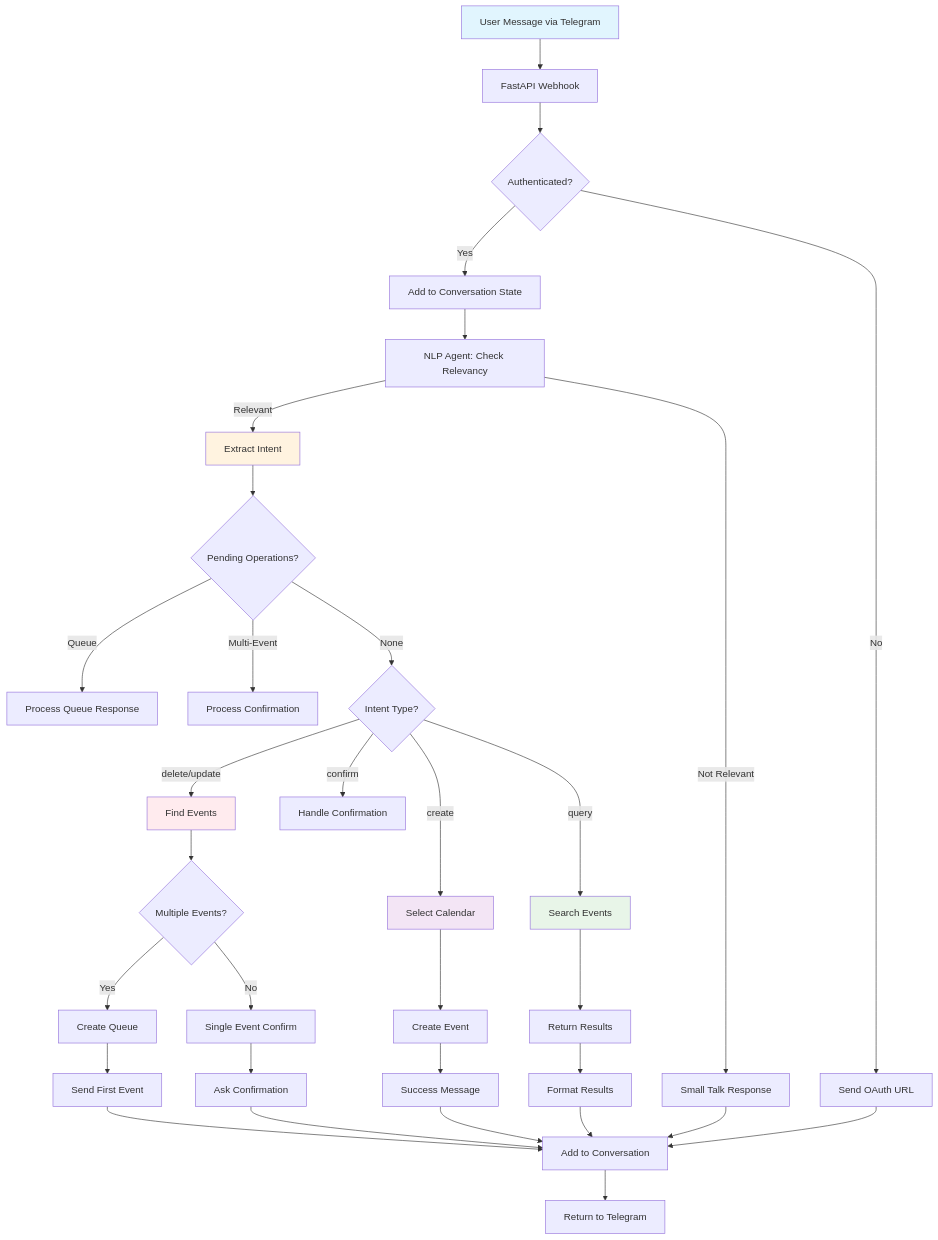
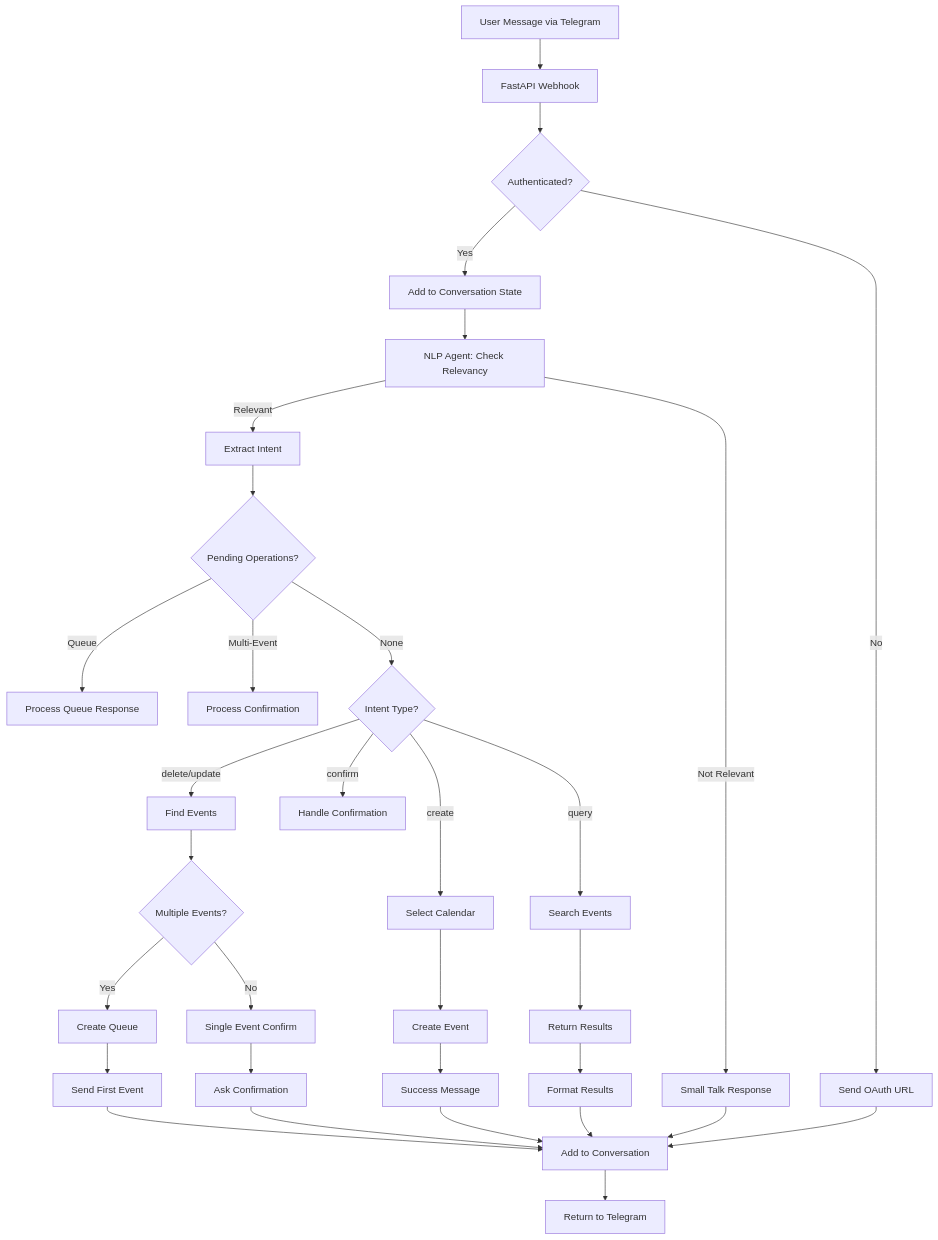
Before and after one commit to vasparshin/calibot: the diagram in WORKFLOW_ARCHITECTURE.md, drawn with Mermaid. The commit also changed 8 other files, not shown here.

````diff
--- a/WORKFLOW_ARCHITECTURE.md
+++ b/WORKFLOW_ARCHITECTURE.md
@@ -5,48 +5,42 @@
 ```mermaid
 flowchart TD
     A[User Message via Telegram] --> B[FastAPI Webhook]
     B --> C{Authenticated?}
     C -->|No| D[Send OAuth URL]
     C -->|Yes| E[Add to Conversation State]
     
     E --> F[NLP Agent: Check Relevancy]
     F -->|Not Relevant| G[Small Talk Response]
     F -->|Relevant| H[Extract Intent]
     
     H --> I{Pending Operations?}
     I -->|Queue| J[Process Queue Response]
     I -->|Multi-Event| K[Process Confirmation]
     I -->|None| L{Intent Type?}
     
     L -->|delete/update| M[Find Events]
     L -->|create| N[Select Calendar]
     L -->|query| O[Search Events]
     L -->|confirm| P[Handle Confirmation]
     
     M --> Q{Multiple Events?}
     Q -->|Yes| R[Create Queue]
     Q -->|No| S[Single Event Confirm]
     
     N --> T[Create Event]
     O --> U[Return Results]
     
     R --> V[Send First Event]
     S --> W[Ask Confirmation]
     T --> X[Success Message]
     U --> Y[Format Results]
     
     V --> Z[Add to Conversation]
     W --> Z
     X --> Z
     Y --> Z
     G --> Z
     D --> Z
     
     Z --> END[Return to Telegram]
-    
-    style A fill:#e1f5fe
-    style H fill:#fff3e0
-    style N fill:#f3e5f5
-    style M fill:#ffebee
-    style O fill:#e8f5e8
 ```
````
